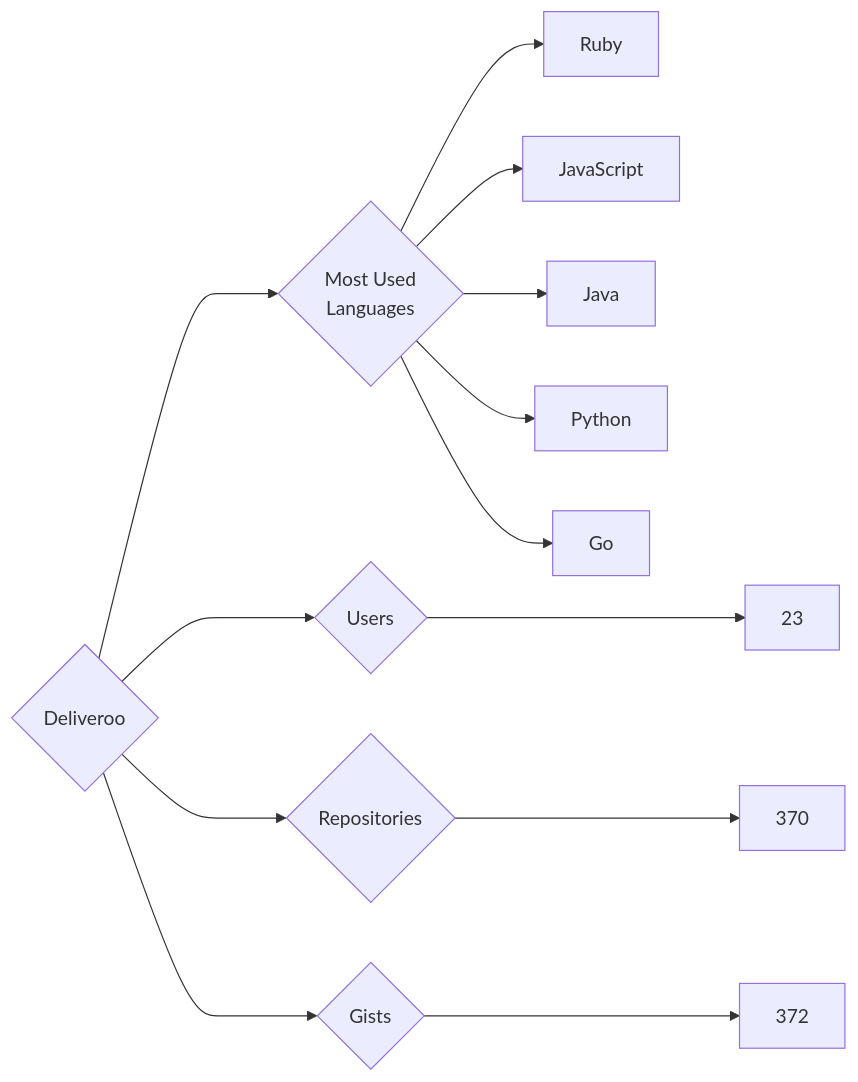
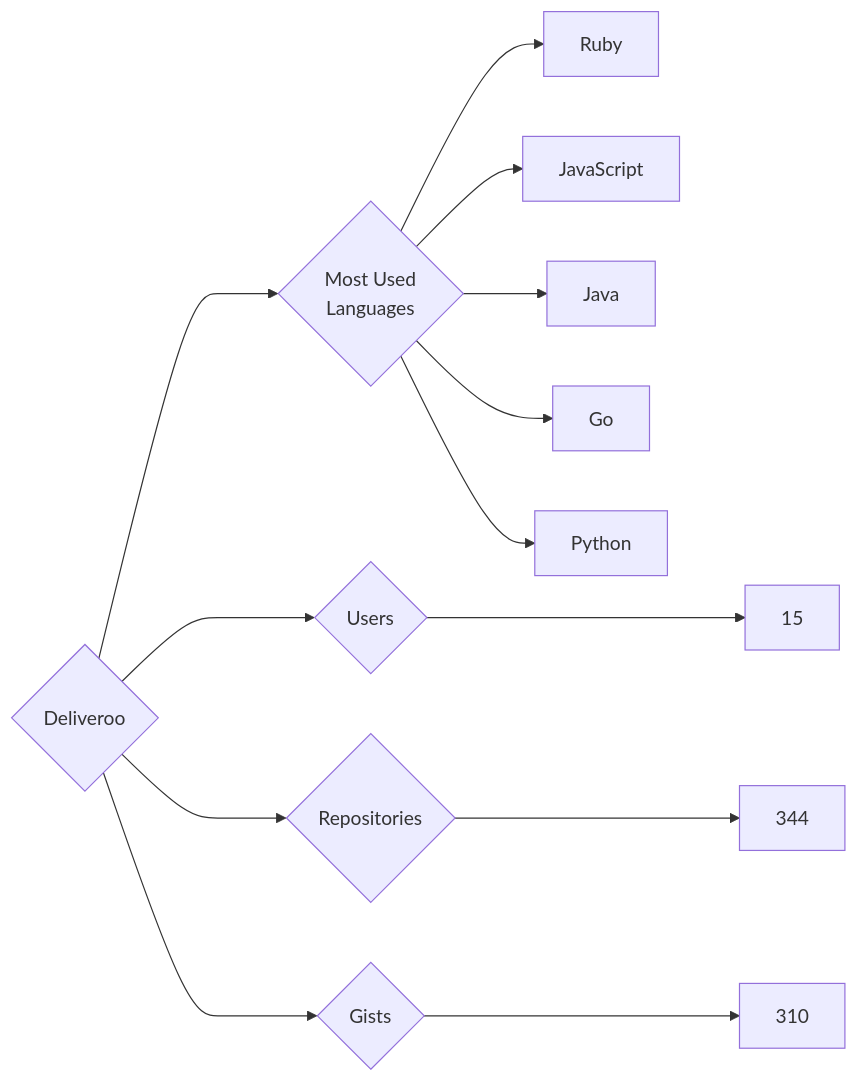
The diagram in targets/Deliveroo/README.md (trickest/insiders), drawn with Mermaid before and after one commit. The commit also changed 594 other files, not shown here.

````diff
--- a/targets/Deliveroo/README.md
+++ b/targets/Deliveroo/README.md
@@ -3,13 +3,13 @@
 ```mermaid
 graph LR
 COMPANY_NAME{Deliveroo}
-COMPANY_NAME ---> U{Users} ---> UN[23]
-COMPANY_NAME ---> R{Repositories} ---> RN[370]
-COMPANY_NAME ---> G{Gists} ---> GN[372]
+COMPANY_NAME ---> U{Users} ---> UN[15]
+COMPANY_NAME ---> R{Repositories} ---> RN[344]
+COMPANY_NAME ---> G{Gists} ---> GN[310]
 COMPANY_NAME ---> ML{Most Used<br>Languages}
 ML --> Ruby[Ruby]
 ML --> JavaScript[JavaScript]
 ML --> Java[Java]
+ML --> Go[Go]
 ML --> Python[Python]
-ML --> Go[Go]
 ```
````
